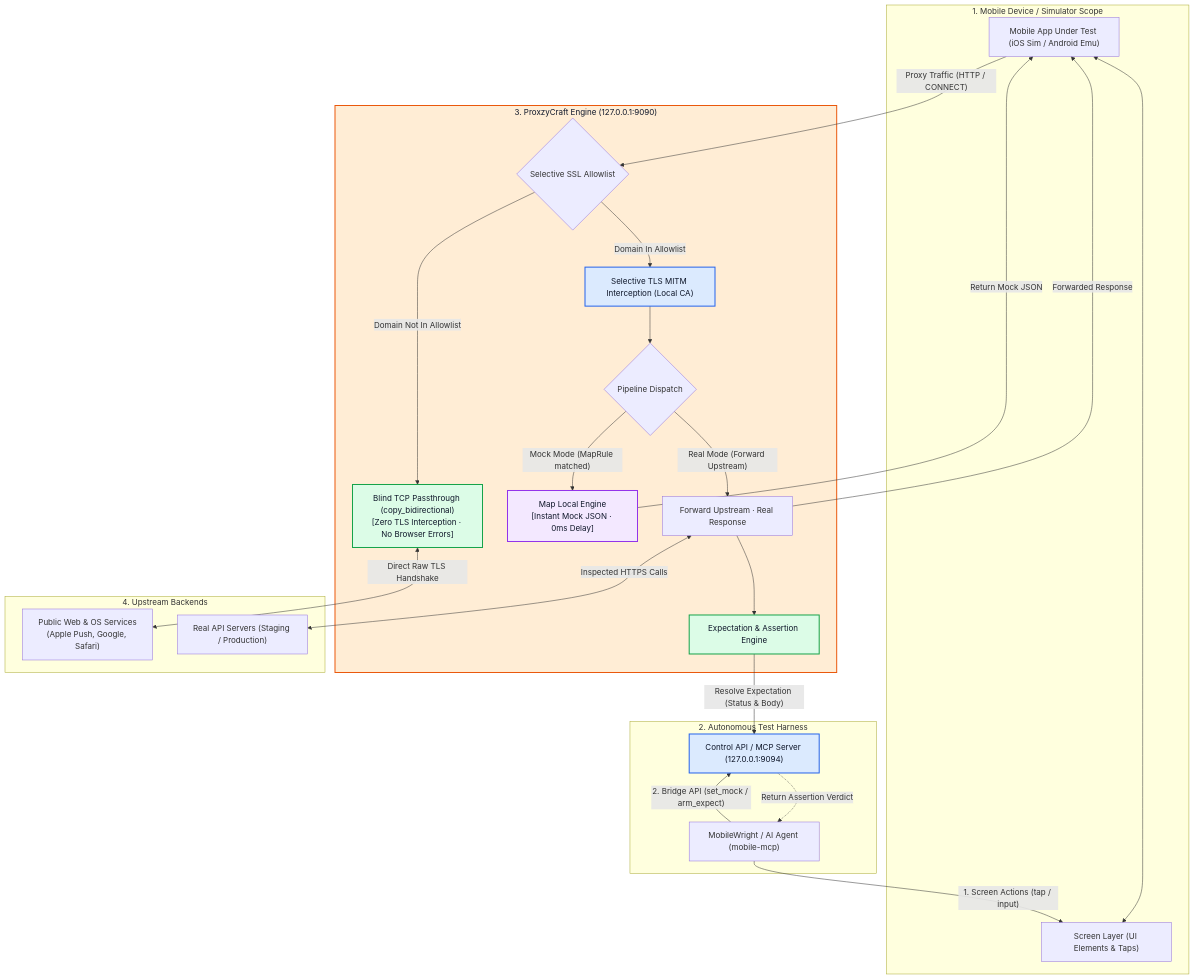
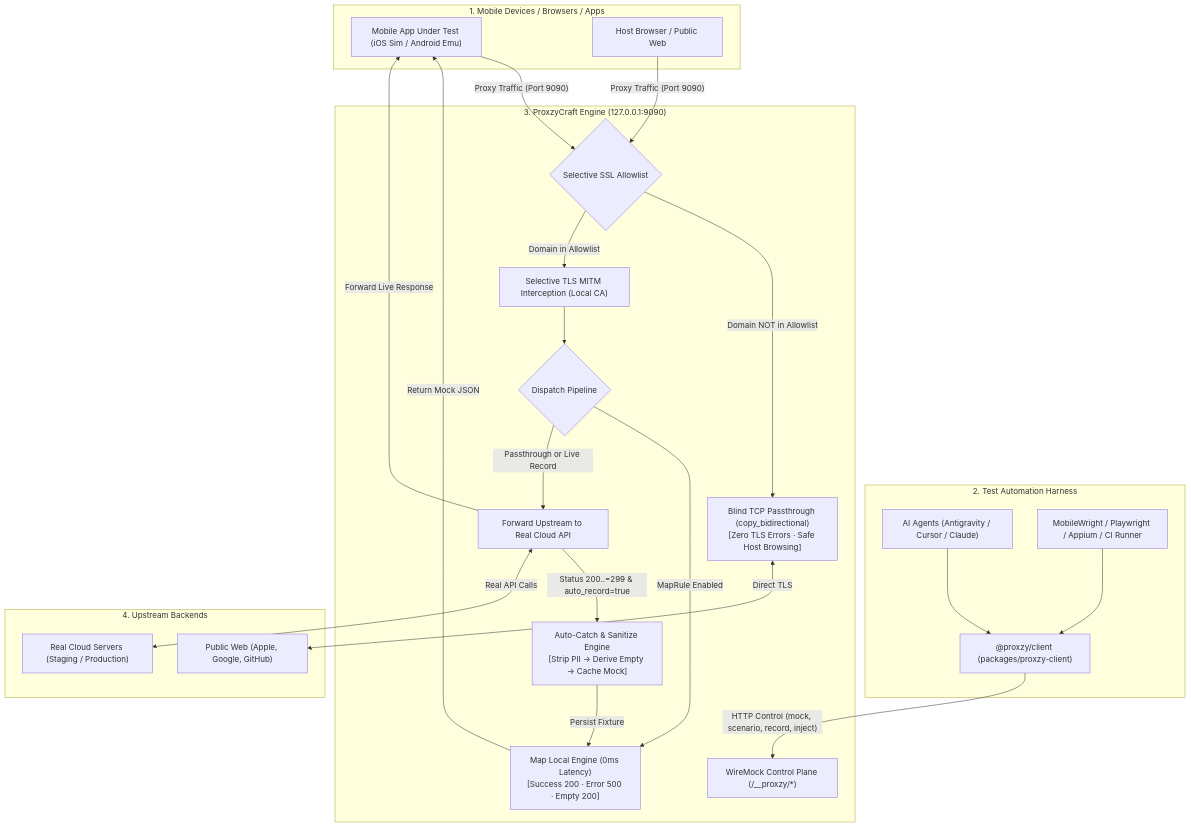
One commit to JARNBOY/ProxzyCraft changed the diagram in README.md. Above: the diagram before and after it, drawn with Mermaid. The commit also changed other lines of this file and 15 other files, not shown here.

First line of the commit message:
feat(core): sanitize repo, add universal e2e skill, and update open-source docs

````diff
--- a/README.md
+++ b/README.md
@@ -17,50 +31,41 @@
 ```mermaid
 flowchart TD
-    subgraph ClientScope["1. Mobile Device / Simulator Scope"]
+    subgraph Clients["1. Mobile Devices / Browsers / Apps"]
         AUT["Mobile App Under Test (iOS Sim / Android Emu)"]
-        Screen["Screen Layer (UI Elements & Taps)"]
-        AUT <--> Screen
+        Browser["Host Browser / Public Web"]
     end
 
-    subgraph ControllerScope["2. Autonomous Test Harness"]
-        Agent["MobileWright / AI Agent (mobile-mcp)"]
-        Agent -->|"1. Screen Actions (tap / input)"| Screen
-        Agent -->|"2. Bridge API (set_mock / arm_expect)"| ControlAPI
+    subgraph Harness["2. Test Automation Harness"]
+        AI["AI Agents (Antigravity / Cursor / Claude)"]
+        TestRunner["MobileWright / Playwright / Appium / CI Runner"]
+        ClientSDK["@proxzy/client (packages/proxzy-client)"]
+        TestRunner --> ClientSDK
+        AI --> ClientSDK
     end
 
-    subgraph ProxzyCore["3. ProxzyCraft Engine (127.0.0.1:9090)"]
-        ControlAPI["Control API / MCP Server (127.0.0.1:9094)"]
+    subgraph ProxzyEngine["3. ProxzyCraft Engine (127.0.0.1:9090)"]
+        ControlPlane["WireMock Control Plane (/__proxzy/*)"]
+        ClientSDK -->|"HTTP Control (mock, scenario, record, inject)"| ControlPlane
+        
         Router{"Selective SSL Allowlist"}
-        
-        AUT -->|"Proxy Traffic (HTTP / CONNECT)"| Router
-        
-        Router -->|"Domain Not In Allowlist"| BlindPass["Blind TCP Passthrough (copy_bidirectional)\n[Zero TLS Interception &middot; No Browser Errors]"]
-        Router -->|"Domain In Allowlist"| MITM["Selective TLS MITM Interception (Local CA)"]
-        
-        MITM --> Pipeline{"Pipeline Dispatch"}
-        Pipeline -->|"Mock Mode (MapRule matched)"| MockEngine["Map Local Engine\n[Instant Mock JSON &middot; 0ms Delay]"]
-        Pipeline -->|"Real Mode (Forward Upstream)"| UpstreamForward["Forward Upstream &middot; Real Response"]
-        
+        AUT -->|"Proxy Traffic (Port 9090)"| Router
+        Browser -->|"Proxy Traffic (Port 9090)"| Router
+
+        Router -->|"Domain NOT in Allowlist"| BlindPass["Blind TCP Passthrough (copy_bidirectional)\n[Zero TLS Errors &middot; Safe Host Browsing]"]
+        Router -->|"Domain in Allowlist"| MITM["Selective TLS MITM Interception (Local CA)"]
+
+        MITM --> Dispatch{"Dispatch Pipeline"}
+        Dispatch -->|"MapRule Enabled"| MockEngine["Map Local Engine (0ms Latency)\n[Success 200 &middot; Error 500 &middot; Empty 200]"]
+        Dispatch -->|"Passthrough or Live Record"| Forwarder["Forward Upstream to Real Cloud API"]
+
+        Forwarder -->|"Status 200..=299 & auto_record=true"| AutoCatch["Auto-Catch & Sanitize Engine\n[Strip PII &rarr; Derive Empty &rarr; Cache Mock]"]
+        AutoCatch -->|"Persist Fixture"| MockEngine
         MockEngine -->|"Return Mock JSON"| AUT
-        UpstreamForward -->|"Forwarded Response"| AUT
-
-        UpstreamForward --> Matcher["Expectation & Assertion Engine"]
-        Matcher -->|"Resolve Expectation (Status & Body)"| ControlAPI
-        ControlAPI -.->|"Return Assertion Verdict"| Agent
+        Forwarder -->|"Forward Live Response"| AUT
     end
 
-    subgraph CloudScope["4. Upstream Backends"]
-        BlindPass <-->|"Direct Raw TLS Handshake"| PubWeb["Public Web & OS Services\n(Apple Push, Google, Safari)"]
-        UpstreamForward <-->|"Inspected HTTPS Calls"| RealAPI["Real API Servers (Staging / Production)"]
+    subgraph Upstream["4. Upstream Backends"]
+        BlindPass <-->|"Direct TLS"| Web["Public Web (Apple, Google, GitHub)"]
+        Forwarder <-->|"Real API Calls"| RealAPI["Real Cloud Servers (Staging / Production)"]
     end
-
-    classDef accent fill:#ffedd5,stroke:#ea580c,stroke-width:2px,color:#0f172a;
-    classDef link fill:#dbeafe,stroke:#2563eb,stroke-width:2px,color:#0f172a;
-    classDef success fill:#dcfce7,stroke:#16a34a,stroke-width:2px,color:#0f172a;
-    classDef purple fill:#f3e8ff,stroke:#9333ea,stroke-width:2px,color:#0f172a;
-
-    class ProxzyCore accent;
-    class ControlAPI,MITM link;
-    class Matcher,BlindPass success;
-    class MockEngine purple;
 ```
````
